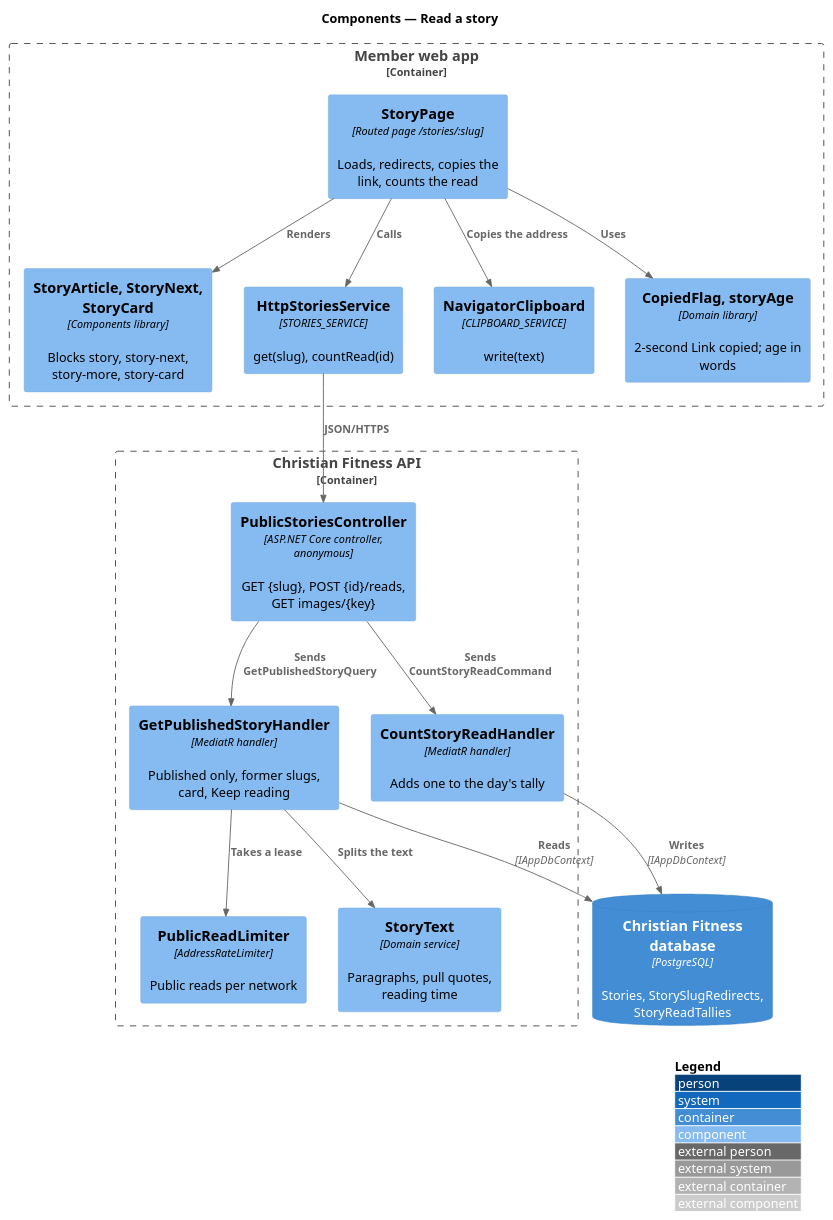
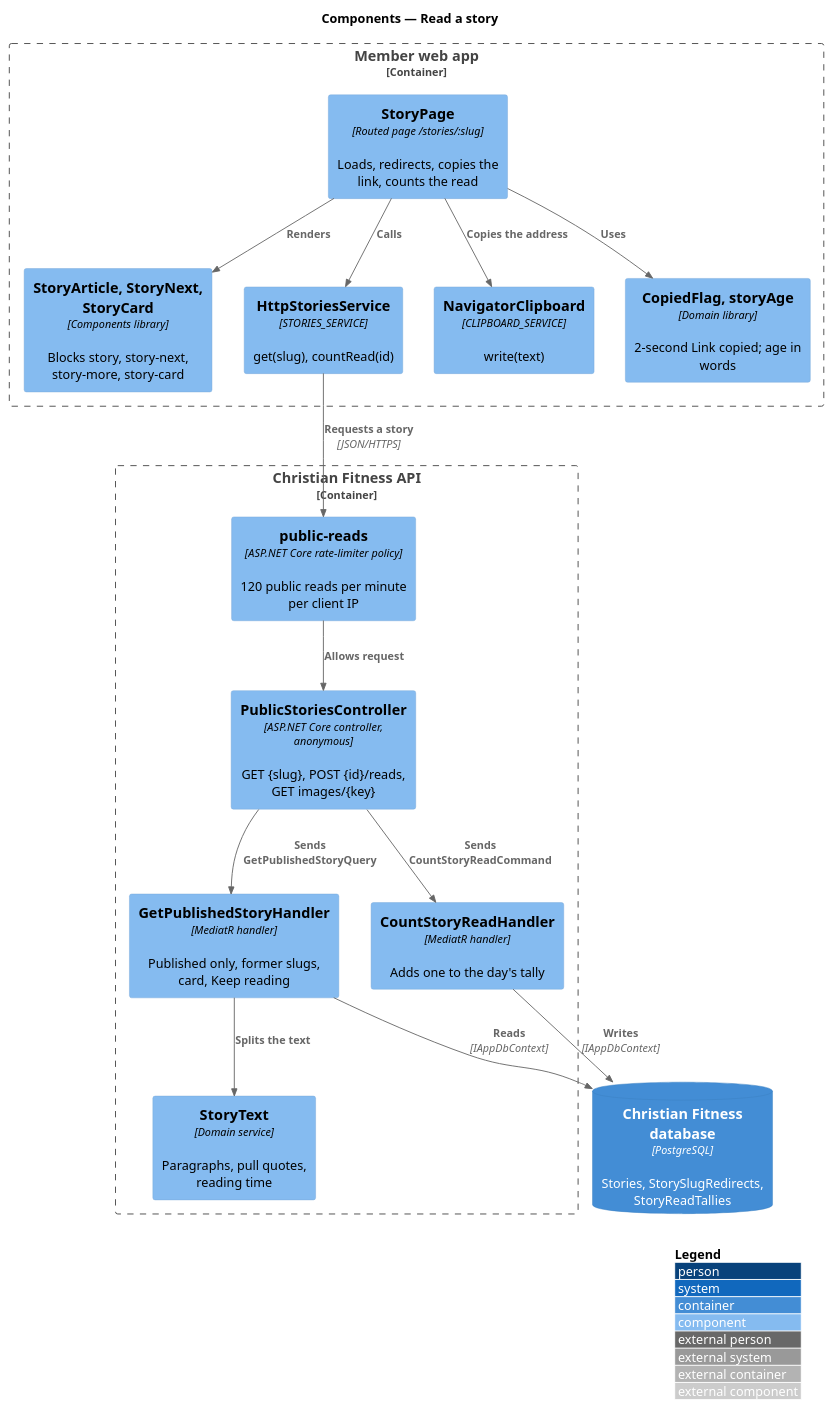
Before and after one commit to QuinntyneBrown/christian-fitness: the diagram in docs/detailed-designs/news/read-story/diagrams/c4-component.puml, drawn with PlantUML. The commit also changed 9 other files, not shown here.

Commit message:
Align story and feed designs with public read decisions

```diff
--- a/docs/detailed-designs/news/read-story/diagrams/c4-component.puml
+++ b/docs/detailed-designs/news/read-story/diagrams/c4-component.puml
@@ -1,32 +1,32 @@
 @startuml
 !include <C4/C4_Component>
 LAYOUT_WITH_LEGEND()
 title Components — Read a story
 
 Container_Boundary(web, "Member web app") {
   Component(page, "StoryPage", "Routed page /stories/:slug", "Loads, redirects, copies the link, counts the read")
   Component(article, "StoryArticle, StoryNext, StoryCard", "Components library", "Blocks story, story-next, story-more, story-card")
   Component(client, "HttpStoriesService", "STORIES_SERVICE", "get(slug), countRead(id)")
   Component(clip, "NavigatorClipboard", "CLIPBOARD_SERVICE", "write(text)")
   Component(copied, "CopiedFlag, storyAge", "Domain library", "2-second Link copied; age in words")
 }
 Container_Boundary(api, "Christian Fitness API") {
   Component(ctrl, "PublicStoriesController", "ASP.NET Core controller, anonymous", "GET {slug}, POST {id}/reads, GET images/{key}")
   Component(q, "GetPublishedStoryHandler", "MediatR handler", "Published only, former slugs, card, Keep reading")
   Component(c, "CountStoryReadHandler", "MediatR handler", "Adds one to the day's tally")
-  Component(limit, "PublicReadLimiter", "AddressRateLimiter", "Public reads per network")
+  Component(limit, "public-reads", "ASP.NET Core rate-limiter policy", "120 public reads per minute per client IP")
   Component(text, "StoryText", "Domain service", "Paragraphs, pull quotes, reading time")
 }
 ContainerDb(db, "Christian Fitness database", "PostgreSQL", "Stories, StorySlugRedirects, StoryReadTallies")
 Rel(page, client, "Calls")
 Rel(page, article, "Renders")
 Rel(page, clip, "Copies the address")
 Rel(page, copied, "Uses")
-Rel(client, ctrl, "JSON/HTTPS")
+Rel(client, limit, "Requests a story", "JSON/HTTPS")
+Rel(limit, ctrl, "Allows request")
 Rel(ctrl, q, "Sends GetPublishedStoryQuery")
 Rel(ctrl, c, "Sends CountStoryReadCommand")
-Rel(q, limit, "Takes a lease")
 Rel(q, text, "Splits the text")
 Rel(q, db, "Reads", "IAppDbContext")
 Rel(c, db, "Writes", "IAppDbContext")
 @enduml
```
